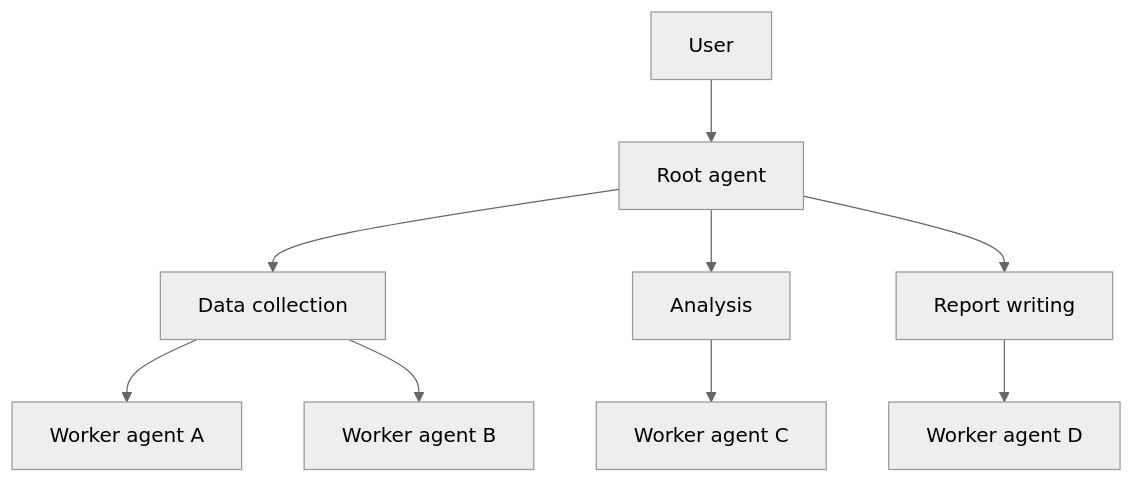
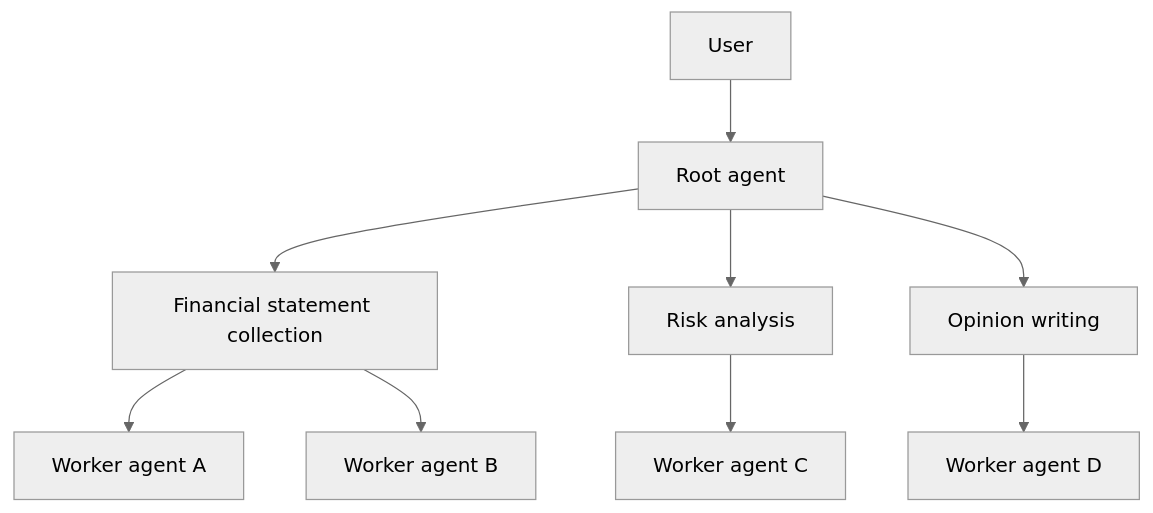
The diagram in i18n/en/docusaurus-plugin-content-docs/current/ai/agent-patterns/dynamic-orchestration/multi-agent-hierarchical-task-decomposition.md (alancesar/design-patterns), drawn with Mermaid (neutral theme) before and after one commit. The commit also changed other lines of this file and 13 other files, not shown here.

Commit message:
Switch agent-patterns concrete diagrams to fintech scenarios

````diff
--- a/i18n/en/docusaurus-plugin-content-docs/current/ai/agent-patterns/dynamic-orchestration/multi-agent-hierarchical-task-decomposition.md
+++ b/i18n/en/docusaurus-plugin-content-docs/current/ai/agent-patterns/dynamic-orchestration/multi-agent-hierarchical-task-decomposition.md
@@ -54,11 +54,11 @@
 ```mermaid
 flowchart TD
     U["User"] --> R["Root agent"]
-    R --> S1["Data collection"]
-    R --> S2["Analysis"]
-    R --> S3["Report writing"]
+    R --> S1["Financial statement collection"]
+    R --> S2["Risk analysis"]
+    R --> S3["Opinion writing"]
     S1 --> W1["Worker agent A"]
     S1 --> W2["Worker agent B"]
     S2 --> W3["Worker agent C"]
     S3 --> W4["Worker agent D"]
 ```
````
